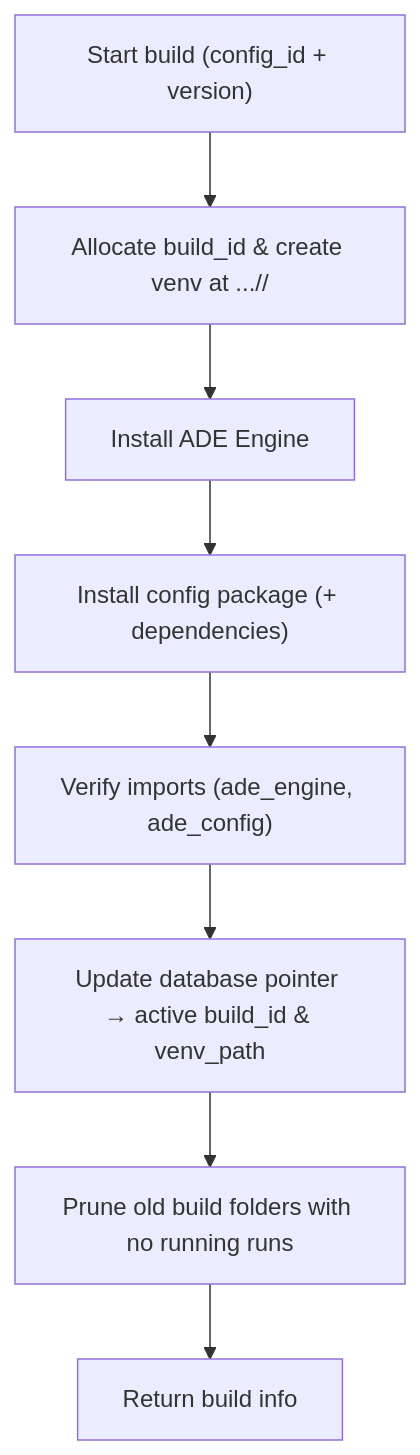
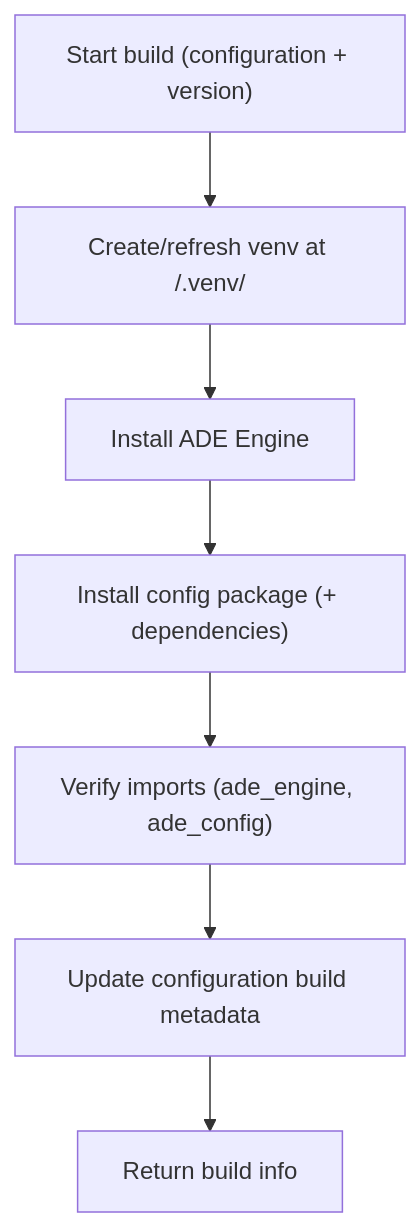
Before and after one commit to clac-ca/automatic-data-extractor: the diagram in docs/developers/02-build-venv.md, drawn with Mermaid. The commit also changed other lines of this file and 311 other files, not shown here.

````diff
--- a/docs/developers/02-build-venv.md
+++ b/docs/developers/02-build-venv.md
@@ -46,10 +44,9 @@
 ```mermaid
 flowchart TD
-  A["Start build (config_id + version)"] --> B["Allocate build_id & create venv at .../<build_id>/"]
+  A["Start build (configuration + version)"] --> B["Create/refresh venv at <config_root>/.venv/"]
   B --> C["Install ADE Engine"]
   C --> D["Install config package (+ dependencies)"]
   D --> E["Verify imports (ade_engine, ade_config)"]
-  E --> F["Update database pointer → active build_id & venv_path"]
-  F --> G["Prune old build folders with no running runs"]
-  G --> H["Return build info"]
+  E --> F["Update configuration build metadata"]
+  F --> G["Return build info"]
 ```
````
